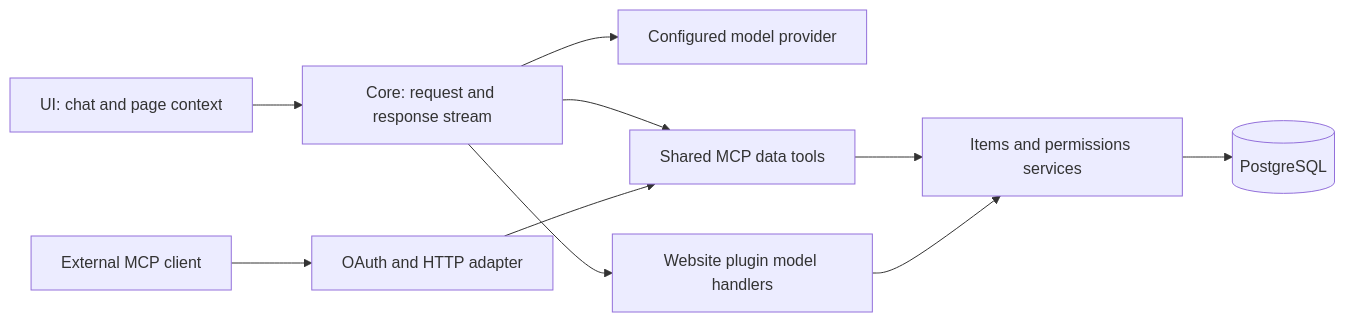
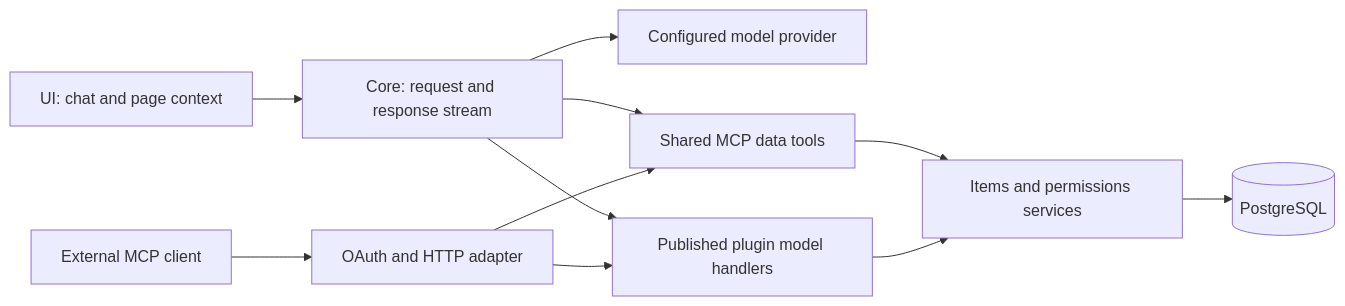
One commit to Asmblyr/Collaborative changed the diagram in docs/development/assistant-architecture.md. Above: the diagram before and after it, drawn with Mermaid. The commit also changed other lines of this file and 32 other files, not shown here.

````diff
--- a/docs/development/assistant-architecture.md
+++ b/docs/development/assistant-architecture.md
@@ -9,12 +9,13 @@
 ```mermaid
 flowchart LR
   UI[UI: chat and page context] --> Core[Core: request and response stream]
   Core --> Provider[Configured model provider]
   Core --> MCP[Shared MCP data tools]
   External[External MCP client] --> HTTP[OAuth and HTTP adapter]
   HTTP --> MCP
   MCP --> Items[Items and permissions services]
-  Core --> Model[Website plugin model handlers]
+  Core --> Model[Published plugin model handlers]
+  HTTP --> Model
   Model --> Items
   Items --> DB[(PostgreSQL)]
 ```
````
